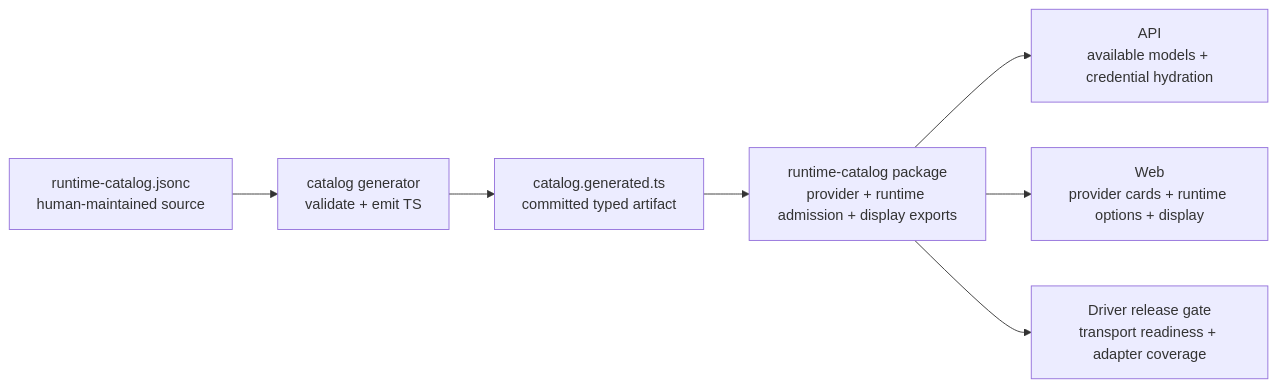
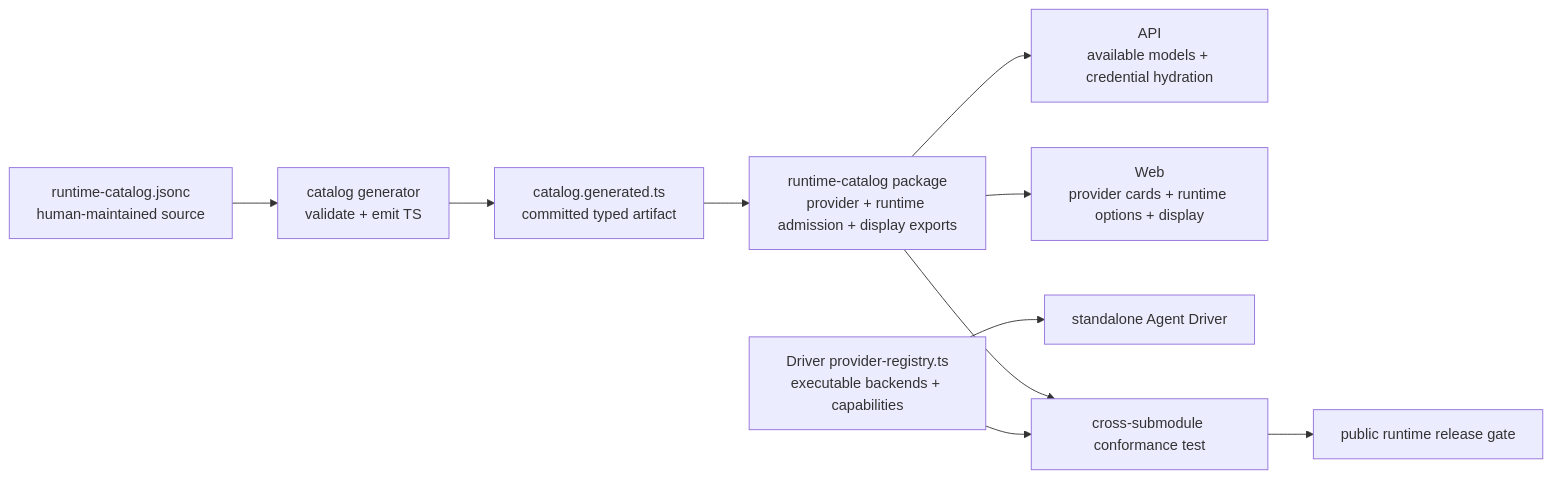
Before and after one commit to langgenius/mosoo: the diagram in docs/prd/runtime-catalog.md, drawn with Mermaid. The commit also changed other lines of this file and 66 other files, not shown here.

````diff
--- a/docs/prd/runtime-catalog.md
+++ b/docs/prd/runtime-catalog.md
@@ -65,9 +69,12 @@
 ```mermaid
 flowchart LR
   Source["runtime-catalog.jsonc<br/>human-maintained source"] --> Generate["catalog generator<br/>validate + emit TS"]
   Generate --> TS["catalog.generated.ts<br/>committed typed artifact"]
   TS --> RuntimeCatalog["runtime-catalog package<br/>provider + runtime admission + display exports"]
   RuntimeCatalog --> API["API<br/>available models + credential hydration"]
   RuntimeCatalog --> Web["Web<br/>provider cards + runtime options + display"]
-  RuntimeCatalog --> DriverGate["Driver release gate<br/>transport readiness + adapter coverage"]
+  DriverSource["Driver provider-registry.ts<br/>executable backends + capabilities"] --> Driver["standalone Agent Driver"]
+  RuntimeCatalog --> Conformance["cross-submodule conformance test"]
+  DriverSource --> Conformance
+  Conformance --> ReleaseGate["public runtime release gate"]
 ```
````
